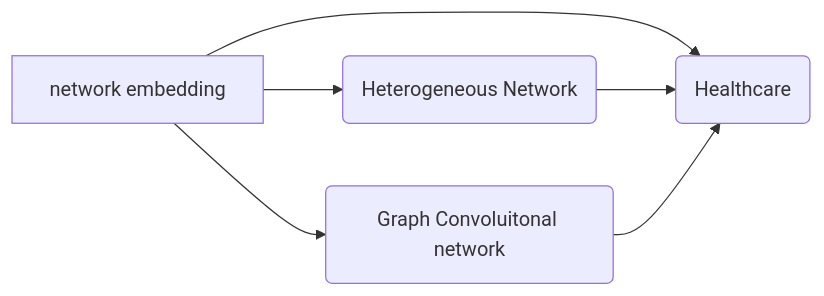
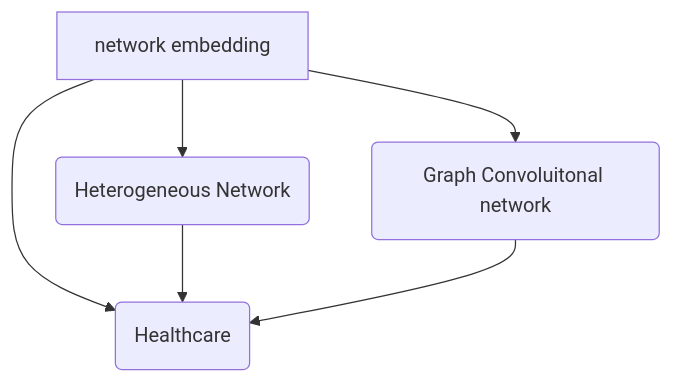
Before and after one commit to GuodongFan/GuodongFan.github.io: the second of 2 diagrams in _posts/2019-08-21-Plan.md, drawn with Mermaid.

```diff
--- a/_posts/2019-08-21-Plan.md
+++ b/_posts/2019-08-21-Plan.md
@@ -26,10 +26,10 @@
 <div class="mermaid">
-graph LR
+graph TB
 
 A[network embedding] --> B(Heterogeneous Network)
 A --> C(Graph Convoluitonal network)
 
 A-->E(Healthcare)
 B-->E(Healthcare)
 C-->E(Healthcare)
 </div>
```
